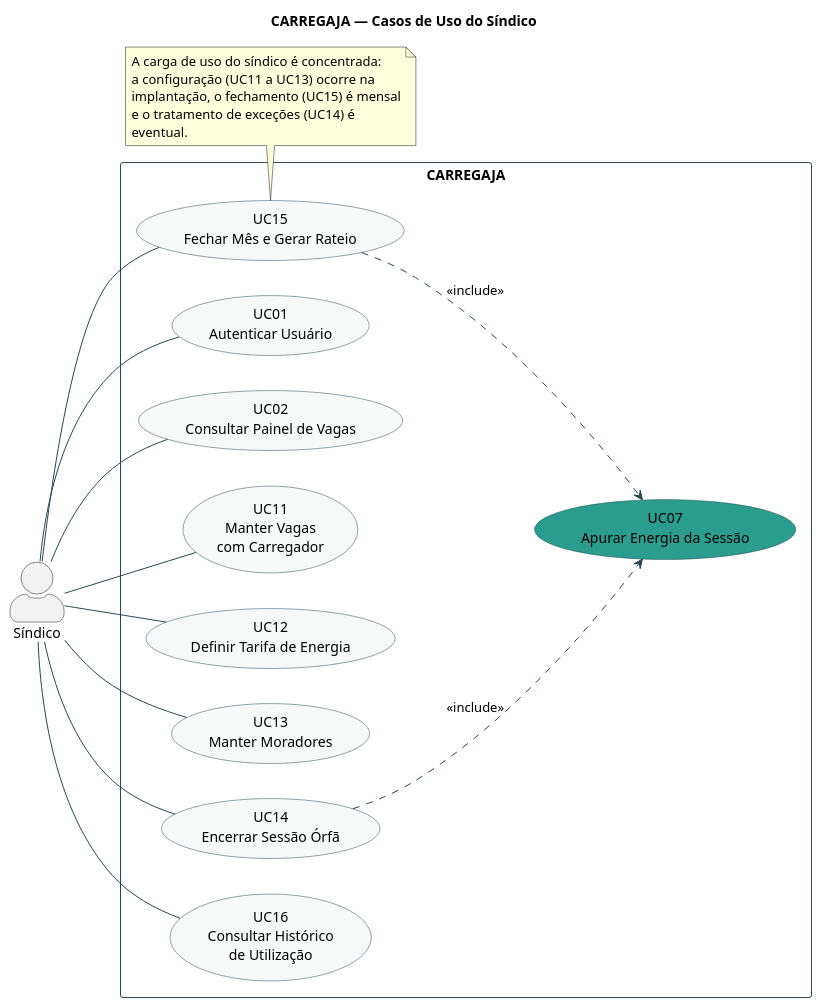
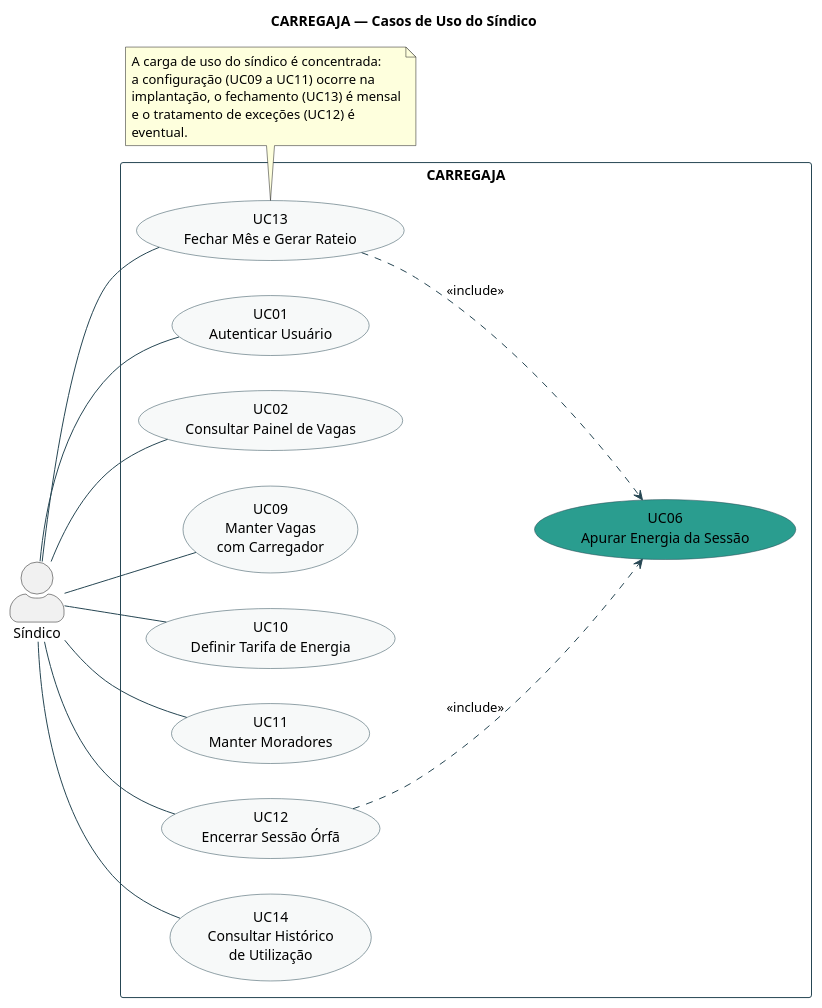
Before and after one commit to AndreMoreira00/CarregaJA: the second of 2 diagrams in 2.Analise e Design/CARREGAJA - Modelo de Caso de Uso - por ator.puml, drawn with PlantUML. The commit also changed other lines of this file and 13 other files, not shown here.

```diff
--- a/2.Analise e Design/CARREGAJA - Modelo de Caso de Uso - por ator.puml
+++ b/2.Analise e Design/CARREGAJA - Modelo de Caso de Uso - por ator.puml
@@ -74,52 +72,52 @@
 @startuml CARREGAJA-CasoDeUso-Sindico
 
 title CARREGAJA — Casos de Uso do Síndico
 
 left to right direction
 skinparam packageStyle rectangle
 skinparam shadowing false
 skinparam ArrowColor #264653
 skinparam actorStyle awesome
 skinparam usecase {
   BackgroundColor #F7F9F9
   BorderColor #264653
 }
 skinparam rectangle {
   BorderColor #264653
 }
 
 actor "Síndico" as SIN
 
 rectangle "CARREGAJA" {
   usecase "UC01\nAutenticar Usuário" as UC01
   usecase "UC02\nConsultar Painel de Vagas" as UC02
-  usecase "UC07\nApurar Energia da Sessão" as UC07 #2A9D8F
-  usecase "UC11\nManter Vagas\ncom Carregador" as UC11
-  usecase "UC12\nDefinir Tarifa de Energia" as UC12
-  usecase "UC13\nManter Moradores" as UC13
-  usecase "UC14\nEncerrar Sessão Órfã" as UC14
-  usecase "UC15\nFechar Mês e Gerar Rateio" as UC15
-  usecase "UC16\nConsultar Histórico\nde Utilização" as UC16
+  usecase "UC06\nApurar Energia da Sessão" as UC06 #2A9D8F
+  usecase "UC09\nManter Vagas\ncom Carregador" as UC09
+  usecase "UC10\nDefinir Tarifa de Energia" as UC10
+  usecase "UC11\nManter Moradores" as UC11
+  usecase "UC12\nEncerrar Sessão Órfã" as UC12
+  usecase "UC13\nFechar Mês e Gerar Rateio" as UC13
+  usecase "UC14\nConsultar Histórico\nde Utilização" as UC14
 }
 
 SIN -- UC01
 SIN -- UC02
+SIN -- UC09
+SIN -- UC10
 SIN -- UC11
 SIN -- UC12
 SIN -- UC13
 SIN -- UC14
-SIN -- UC15
-SIN -- UC16
 
-UC14 ..> UC07 : <<include>>
-UC15 ..> UC07 : <<include>>
+UC12 ..> UC06 : <<include>>
+UC13 ..> UC06 : <<include>>
 
-note bottom of UC15
+note bottom of UC13
   A carga de uso do síndico é concentrada:
-  a configuração (UC11 a UC13) ocorre na
-  implantação, o fechamento (UC15) é mensal
-  e o tratamento de exceções (UC14) é
+  a configuração (UC09 a UC11) ocorre na
+  implantação, o fechamento (UC13) é mensal
+  e o tratamento de exceções (UC12) é
   eventual.
 end note
 
 @enduml
```
